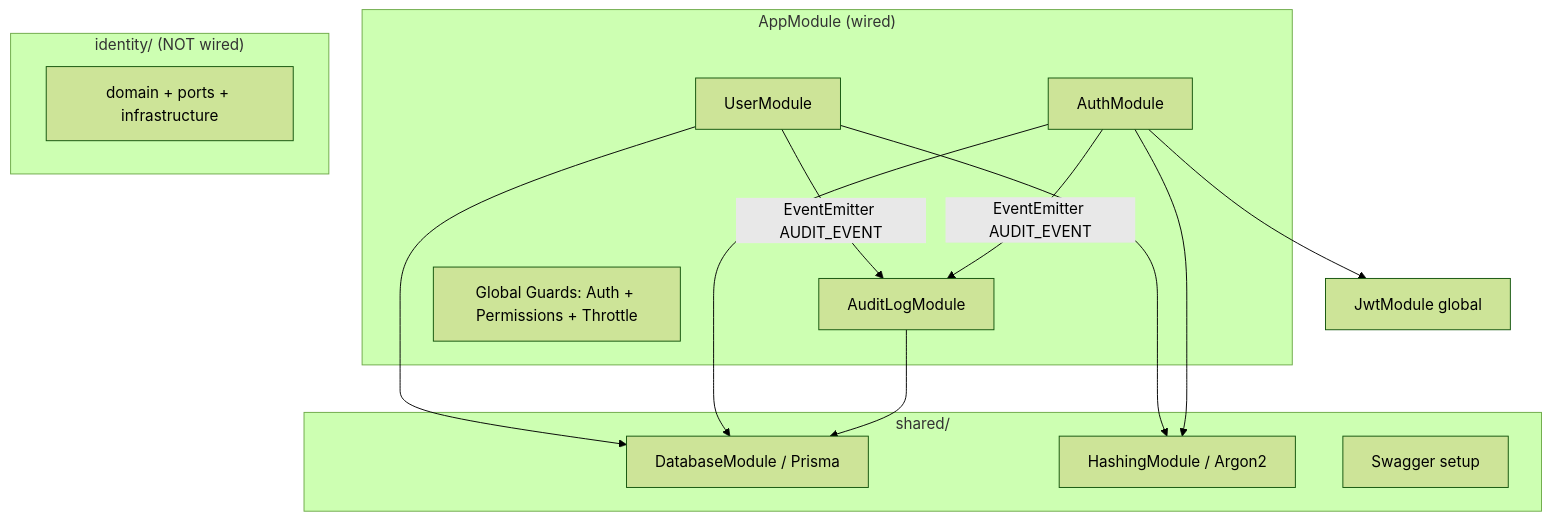
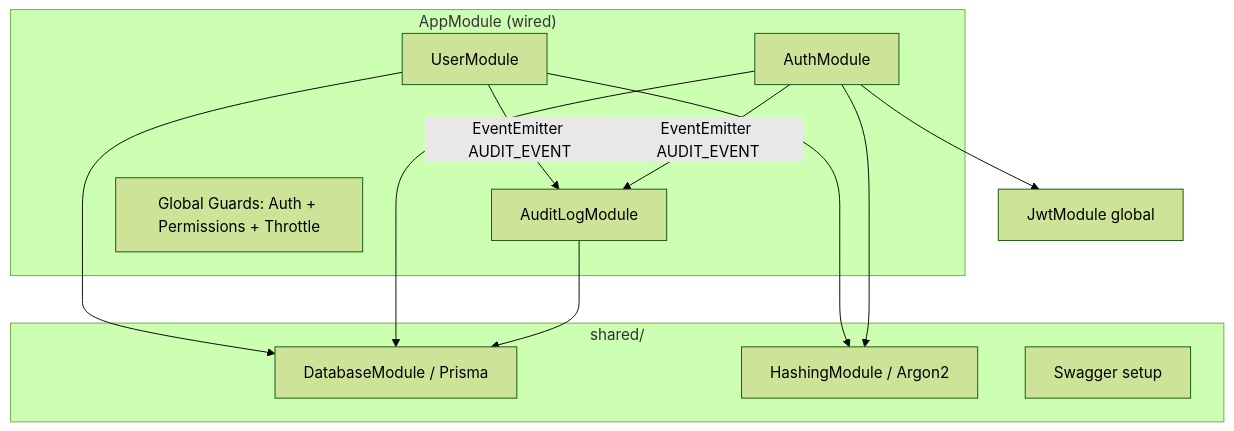
The diagram in .specs/codebase/ARCHITECTURE.md (raphaelanjos1/auth-patterns-ref), drawn with Mermaid (forest theme) before and after one commit. The commit also changed other lines of this file and 24 other files, not shown here.

````diff
--- a/.specs/codebase/ARCHITECTURE.md
+++ b/.specs/codebase/ARCHITECTURE.md
@@ -9,25 +9,22 @@
 ```mermaid
 flowchart TB
   subgraph App["AppModule (wired)"]
     U[UserModule]
     A[AuthModule]
     AL[AuditLogModule]
     G[Global Guards: Auth + Permissions + Throttle]
   end
   subgraph Shared["shared/"]
     DB[DatabaseModule / Prisma]
     H[HashingModule / Argon2]
     SW[Swagger setup]
   end
-  subgraph Identity["identity/ (NOT wired)"]
-    ID[domain + ports + infrastructure]
-  end
   U --> DB
   U --> H
   A --> DB
   A --> H
   A --> JWT[JwtModule global]
   U -->|EventEmitter AUDIT_EVENT| AL
   A -->|EventEmitter AUDIT_EVENT| AL
   AL --> DB
 ```
````
